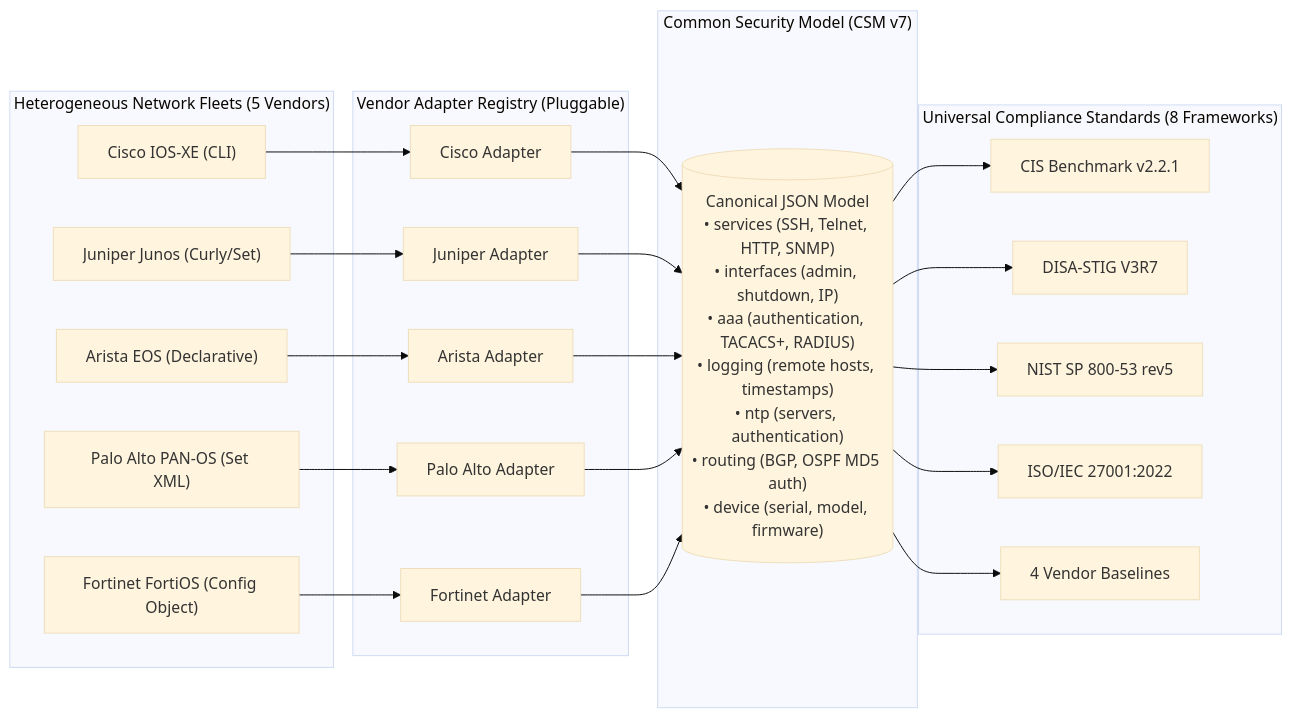
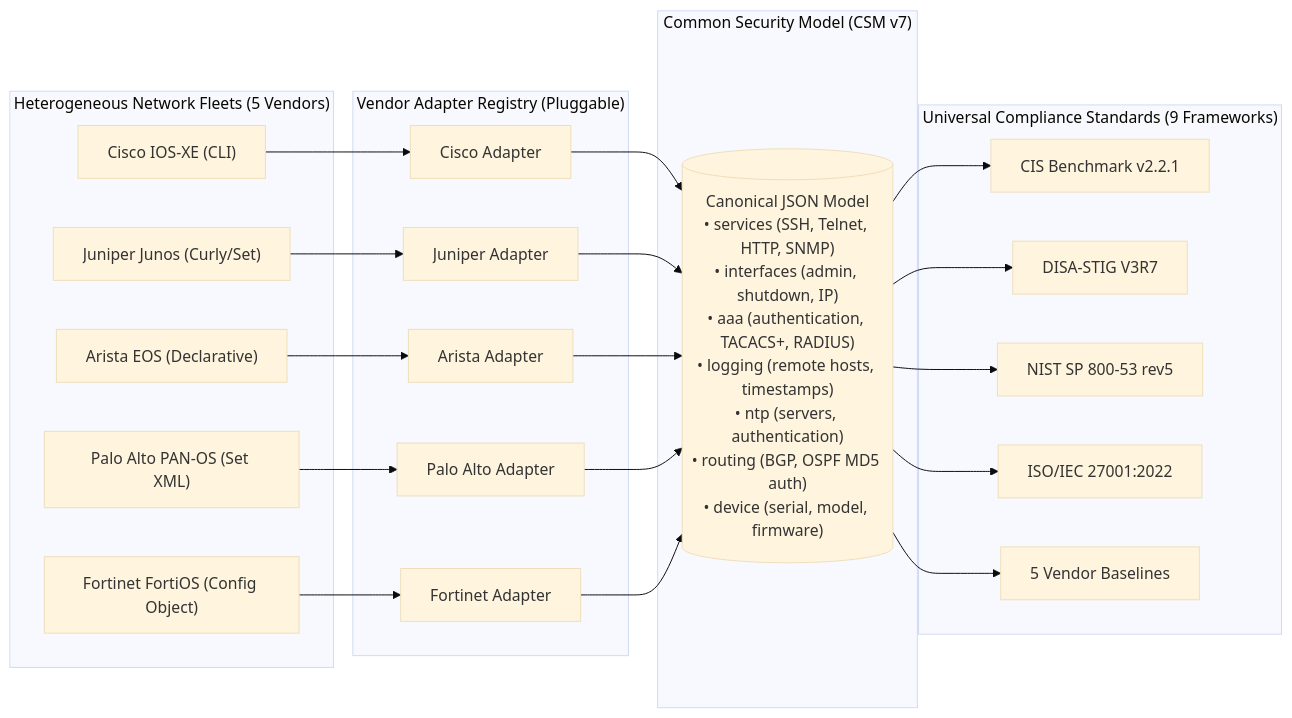
Before and after one commit to Balrajukonne2629/SIH2026-PS155: the second of 4 diagrams in ARCHITECTURE_2PAGER.md, drawn with Mermaid (base theme). The commit also changed 9 other files, not shown here.

Commit message:
fix(docs): synchronize 5-vendor architecture, 9 frameworks, and 82 controls across landing page and specifications

````diff
--- a/ARCHITECTURE_2PAGER.md
+++ b/ARCHITECTURE_2PAGER.md
@@ -115,38 +115,38 @@
 ```mermaid
 flowchart LR
     subgraph VENDORS ["Heterogeneous Network Fleets (5 Vendors)"]
         C["Cisco IOS-XE (CLI)"]
         J["Juniper Junos (Curly/Set)"]
         A["Arista EOS (Declarative)"]
         P["Palo Alto PAN-OS (Set XML)"]
         F["Fortinet FortiOS (Config Object)"]
     end
 
     subgraph ADAPTERS ["Vendor Adapter Registry (Pluggable)"]
         CA["Cisco Adapter"]
         JA["Juniper Adapter"]
         AA["Arista Adapter"]
         PA["Palo Alto Adapter"]
         FA["Fortinet Adapter"]
     end
 
     subgraph CSM_LAYER ["Common Security Model (CSM v7)"]
         CSM[("Canonical JSON Model<br/>• services (SSH, Telnet, HTTP, SNMP)<br/>• interfaces (admin, shutdown, IP)<br/>• aaa (authentication, TACACS+, RADIUS)<br/>• logging (remote hosts, timestamps)<br/>• ntp (servers, authentication)<br/>• routing (BGP, OSPF MD5 auth)<br/>• device (serial, model, firmware)")]
     end
 
-    subgraph FRAMEWORKS ["Universal Compliance Standards (8 Frameworks)"]
+    subgraph FRAMEWORKS ["Universal Compliance Standards (9 Frameworks)"]
         CIS["CIS Benchmark v2.2.1"]
         STIG["DISA-STIG V3R7"]
         NIST["NIST SP 800-53 rev5"]
         ISO["ISO/IEC 27001:2022"]
-        BASE["4 Vendor Baselines"]
+        BASE["5 Vendor Baselines"]
     end
 
     C --> CA
     J --> JA
     A --> AA
     P --> PA
     F --> FA
     CA & JA & AA & PA & FA --> CSM
     CSM --> CIS & STIG & NIST & ISO & BASE
 ```
````
